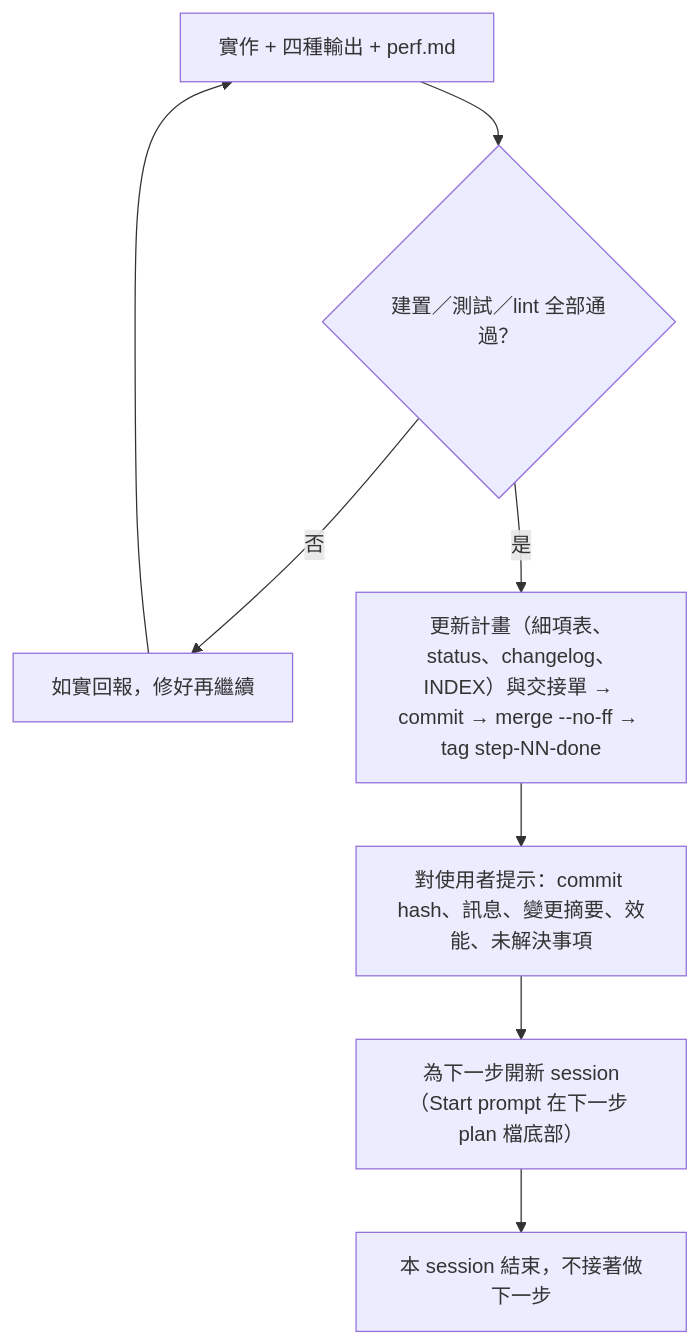
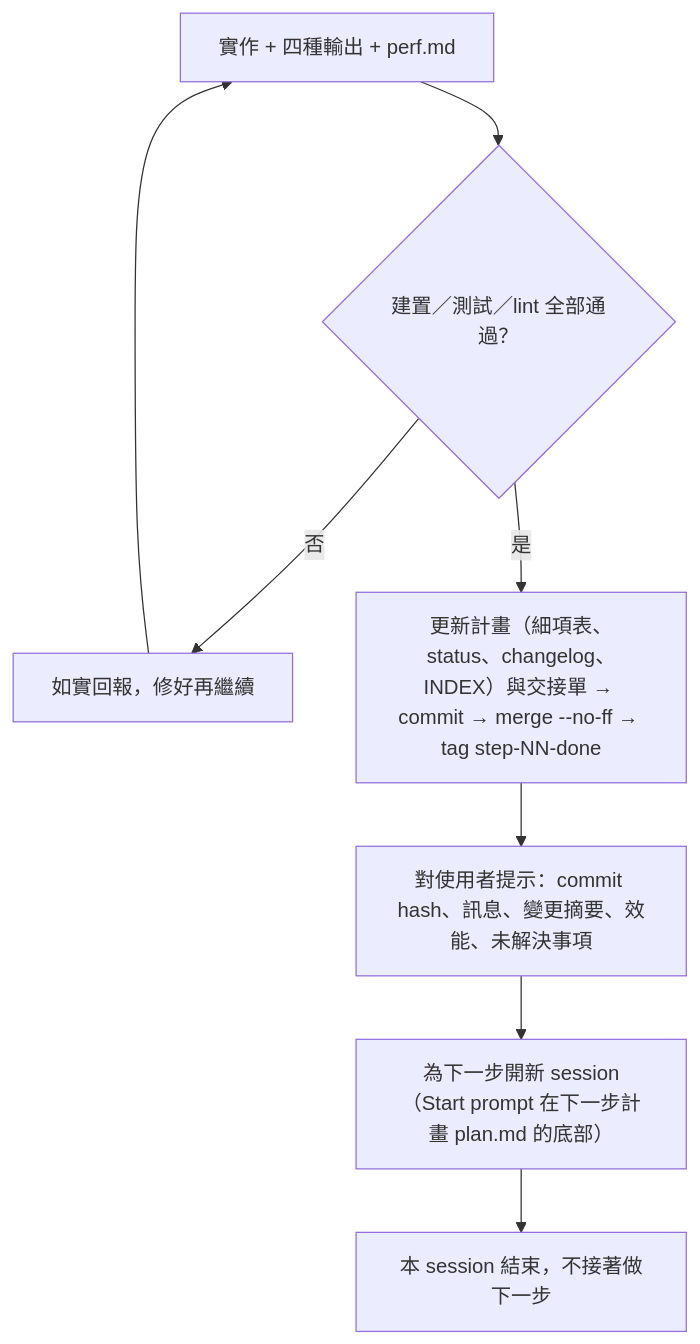
Before and after one commit to chielinHsu/AutomaticDetectionDev: the second of 2 diagrams in ai-project-template/template/docs/00-master-plan.md, drawn with Mermaid. The commit also changed 2 other files, not shown here.

Commit message:
[Caspar]docs: 遷移腳本自動換掉範本原句，修正舊路徑的警告
用範本 3.0.0 實際遷移 DiskAnalyzer 時發現：各專案從同一份 2.0.0
範本產生的規則句子大多沒改過，逐一手改既慢又容易不一致；工作
流程的「舊紀錄」一句用反引號寫了 docs/changelog-ai.md 與
docs/plan/，在遷移完的專案會被檢查當成不存在的路徑而警告；
總體計畫的 Mermaid 圖仍寫「plan 檔」。

migrate-ai-structure-3.mjs 新增一步：專案擁有的規則檔裡和範本
2.0.0 逐字相同的整行（由範本的 git diff 產生，31 組），換成 3.0.0
的寫法，改寫過的句子不動並列在報告裡；報告多抓「plan 檔」的
舊說法。工作流程那句改成不帶 docs/ 前綴，Mermaid 圖的標籤不放
反引號。

測試 :
DiskAnalyzer 實際遷移時腳本換掉 18 行，check-ai-structure.ps1
-Strict 由 2 個警告變成 0 個；node --check 確認腳本語法；同一個
專案再跑一次腳本沒有任何改寫（可重複執行）。

[Test]
Build OK, Test OK

````diff
--- a/ai-project-template/template/docs/00-master-plan.md
+++ b/ai-project-template/template/docs/00-master-plan.md
@@ -72,9 +72,9 @@
 ```mermaid
 flowchart TD
   A["實作 + 四種輸出 + perf.md"] --> B{"建置／測試／lint 全部通過？"}
   B -- 否 --> C["如實回報，修好再繼續"] --> A
   B -- 是 --> D["更新計畫（細項表、status、changelog、INDEX）與交接單 → commit → merge --no-ff → tag step-NN-done"]
   D --> E["對使用者提示：commit hash、訊息、變更摘要、效能、未解決事項"]
-  E --> F["為下一步開新 session（Start prompt 在下一步 plan 檔底部）"]
+  E --> F["為下一步開新 session（Start prompt 在下一步計畫 plan.md 的底部）"]
   F --> G["本 session 結束，不接著做下一步"]
 ```
````
